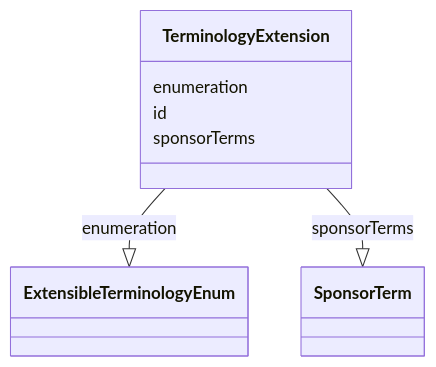
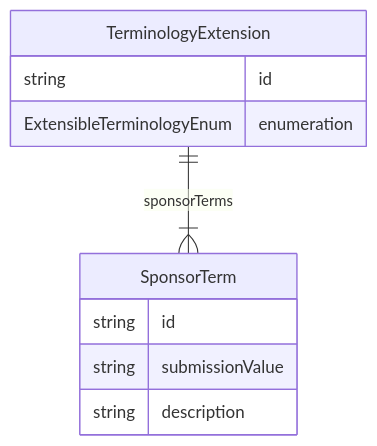
One commit to cdisc-org/analysis-results-standard changed the diagram in project/docs/TerminologyExtension.md. Above: the diagram before and after it, drawn with Mermaid. The commit also changed 131 other files, not shown here.

Commit message:
Add top-level diagram to documentation

````diff
--- a/project/docs/TerminologyExtension.md
+++ b/project/docs/TerminologyExtension.md
@@ -14,15 +13,15 @@
 ```mermaid
- classDiagram
-    class TerminologyExtension
-      TerminologyExtension : enumeration
-        
-          TerminologyExtension --|> ExtensibleTerminologyEnum : enumeration
-        
-      TerminologyExtension : id
-        
-      TerminologyExtension : sponsorTerms
-        
-          TerminologyExtension --|> SponsorTerm : sponsorTerms
-        
-      
+erDiagram
+TerminologyExtension {
+    string id  
+    ExtensibleTerminologyEnum enumeration  
+}
+SponsorTerm {
+    string id  
+    string submissionValue  
+    string description  
+}
+
+TerminologyExtension ||--}| SponsorTerm : "sponsorTerms"
+
 ```
````
